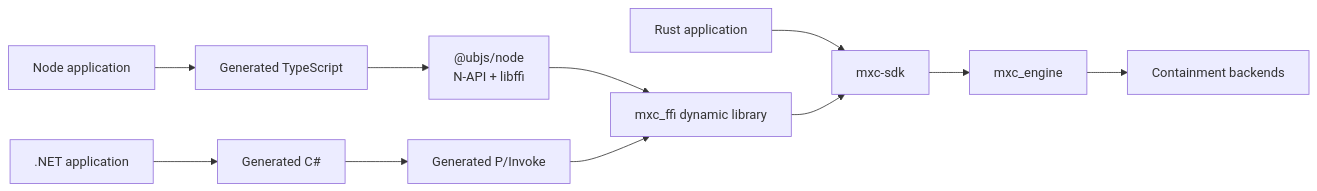
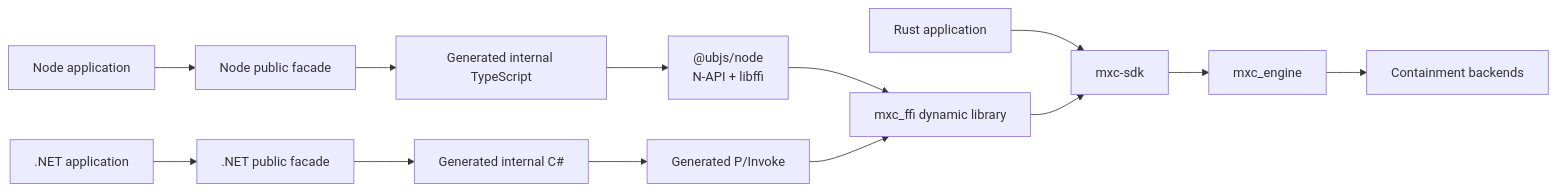
One commit to microsoft/mxc changed the first of 2 diagrams in docs/designs/SDK/README.md. Above: the diagram before and after it, drawn with Mermaid. The commit also changed other lines of this file and 2 other files, not shown here.

First line of the commit message:
Clarify generated SDK surfaces

````diff
--- a/docs/designs/SDK/README.md
+++ b/docs/designs/SDK/README.md
@@ -8,13 +9,15 @@
 ```mermaid
 flowchart LR
     R[Rust application] --> S[mxc-sdk]
-    N[Node application] --> TS[Generated TypeScript]
-    D[.NET application] --> CS[Generated C#]
+    N[Node application] --> NP[Node public facade]
+    D[.NET application] --> DP[.NET public facade]
+    NP --> TS[Generated internal TypeScript]
+    DP --> CS[Generated internal C#]
     TS --> NR["@ubjs/node<br/>N-API + libffi"]
     CS --> PI[Generated P/Invoke]
     NR --> U[mxc_ffi dynamic library]
     PI --> U
     U --> S
     S --> E[mxc_engine]
     E --> B[Containment backends]
 ```
````
